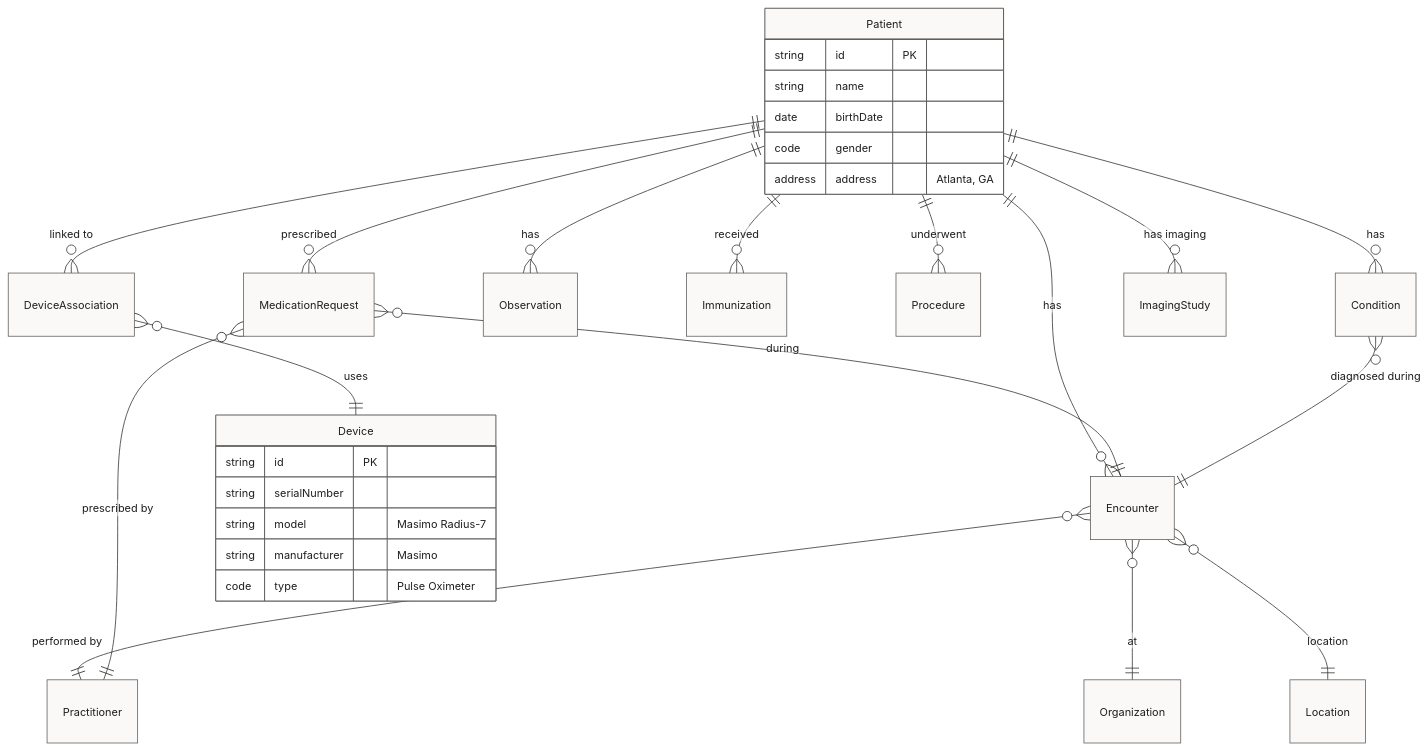
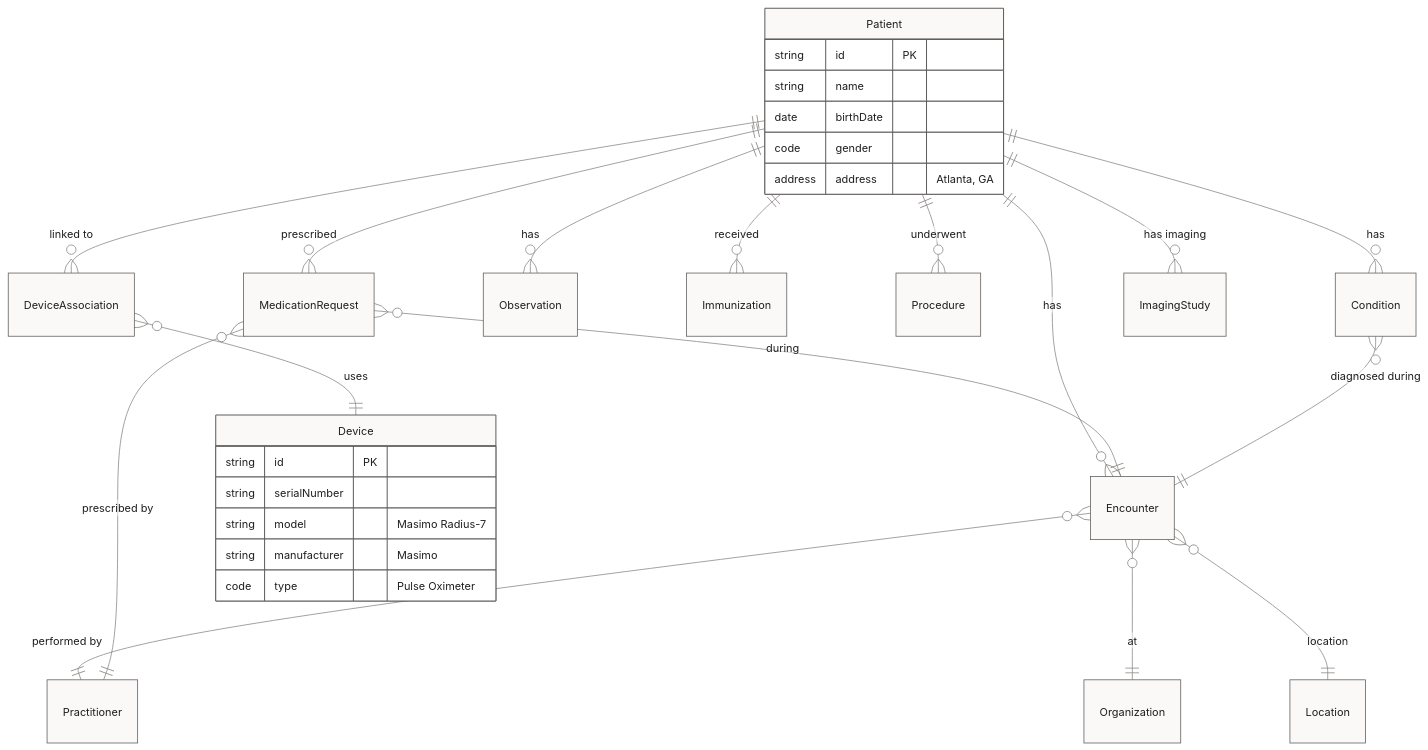
One commit to michaelhuot-msft/med-device-fabric-emulator changed the third of 4 diagrams in README.md. Above: the diagram before and after it, drawn with Mermaid. The commit also changed other lines of this file, not shown here.

First line of the commit message:
docs: lighten mermaid connector lines for dark-mode visibility

````diff
--- a/README.md
+++ b/README.md
@@ -291,39 +291,39 @@
 ```mermaid
-%%{init: {'theme':'base','themeVariables':{'fontSize':'14px','lineColor':'#323130','primaryTextColor':'#201F1E','primaryColor':'#FAF9F8','primaryBorderColor':'#605E5C','attributeBackgroundColorOdd':'#FAF9F8','attributeBackgroundColorEven':'#EDEBE9'}}}%%
+%%{init: {'theme':'base','themeVariables':{'fontSize':'14px','lineColor':'#8A8886','primaryTextColor':'#201F1E','primaryColor':'#FAF9F8','primaryBorderColor':'#605E5C','attributeBackgroundColorOdd':'#FAF9F8','attributeBackgroundColorEven':'#EDEBE9'}}}%%
 erDiagram
     Patient ||--o{ Encounter : "has"
     Patient ||--o{ Condition : "has"
     Patient ||--o{ MedicationRequest : "prescribed"
     Patient ||--o{ Observation : "has"
     Patient ||--o{ Immunization : "received"
     Patient ||--o{ Procedure : "underwent"
     Patient ||--o{ DeviceAssociation : "linked to"
     Patient ||--o{ ImagingStudy : "has imaging"
     
     Encounter }o--|| Practitioner : "performed by"
     Encounter }o--|| Organization : "at"
     Encounter }o--|| Location : "location"
     
     MedicationRequest }o--|| Practitioner : "prescribed by"
     MedicationRequest }o--|| Encounter : "during"
     
     Condition }o--|| Encounter : "diagnosed during"
     
     DeviceAssociation }o--|| Device : "uses"
     
     Device {
         string id PK
         string serialNumber
         string model "Masimo Radius-7"
         string manufacturer "Masimo"
         code type "Pulse Oximeter"
     }
     
     Patient {
         string id PK
         string name
         date birthDate
         code gender
         address address "Atlanta, GA"
     }
 ```
````
